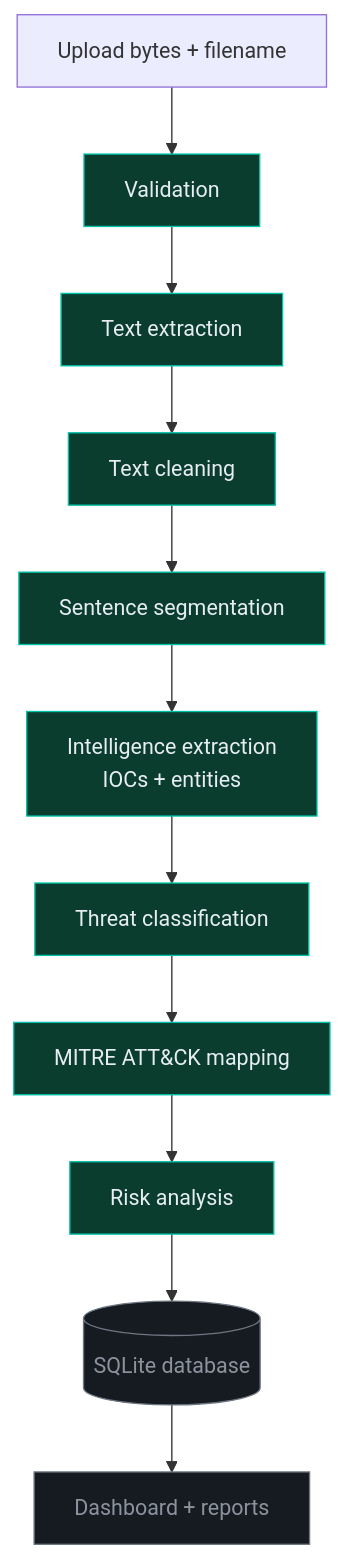
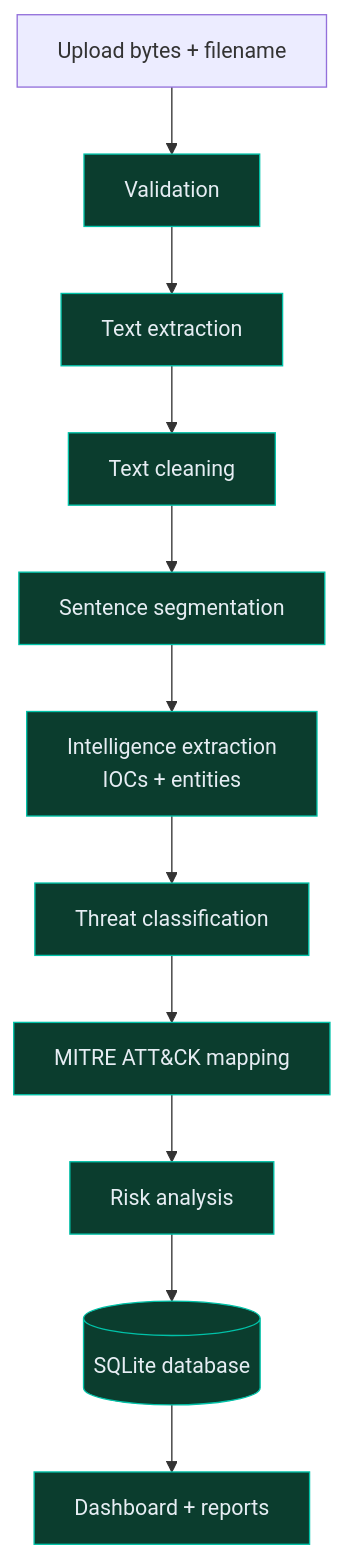
One commit to zainmatloob-cyber/CYBERSLEUTH changed the first of 4 diagrams in docs/architecture.md. Above: the diagram before and after it, drawn with Mermaid. The commit also changed other lines of this file and 11 other files, not shown here.

````diff
--- a/docs/architecture.md
+++ b/docs/architecture.md
@@ -8,18 +8,17 @@
 ```mermaid
 flowchart TD
     U[Upload bytes + filename] --> V[Validation]
     V --> X[Text extraction]
     X --> C[Text cleaning]
     C --> S[Sentence segmentation]
     S --> I[Intelligence extraction<br/>IOCs + entities]
     I --> T[Threat classification]
     T --> M[MITRE ATT&CK mapping]
     M --> R[Risk analysis]
     R --> D[(SQLite database)]
     D --> UI[Dashboard + reports]
 
     classDef done fill:#0b3d2e,stroke:#00c2a8,color:#e6edf3
     classDef todo fill:#161b22,stroke:#6e7681,color:#8b949e
-    class V,X,C,S,I,T,M,R done
-    class D,UI todo
+    class V,X,C,S,I,T,M,R,D,UI done
 ```
````
